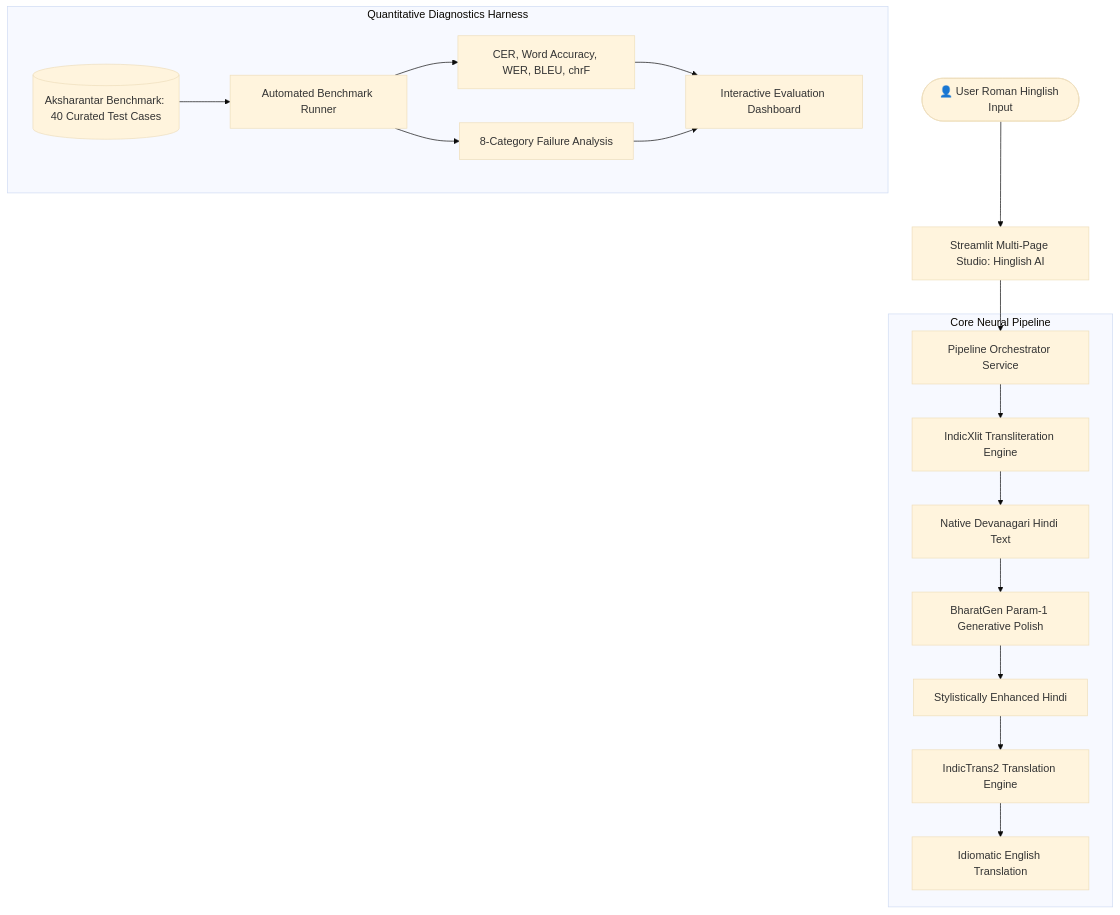
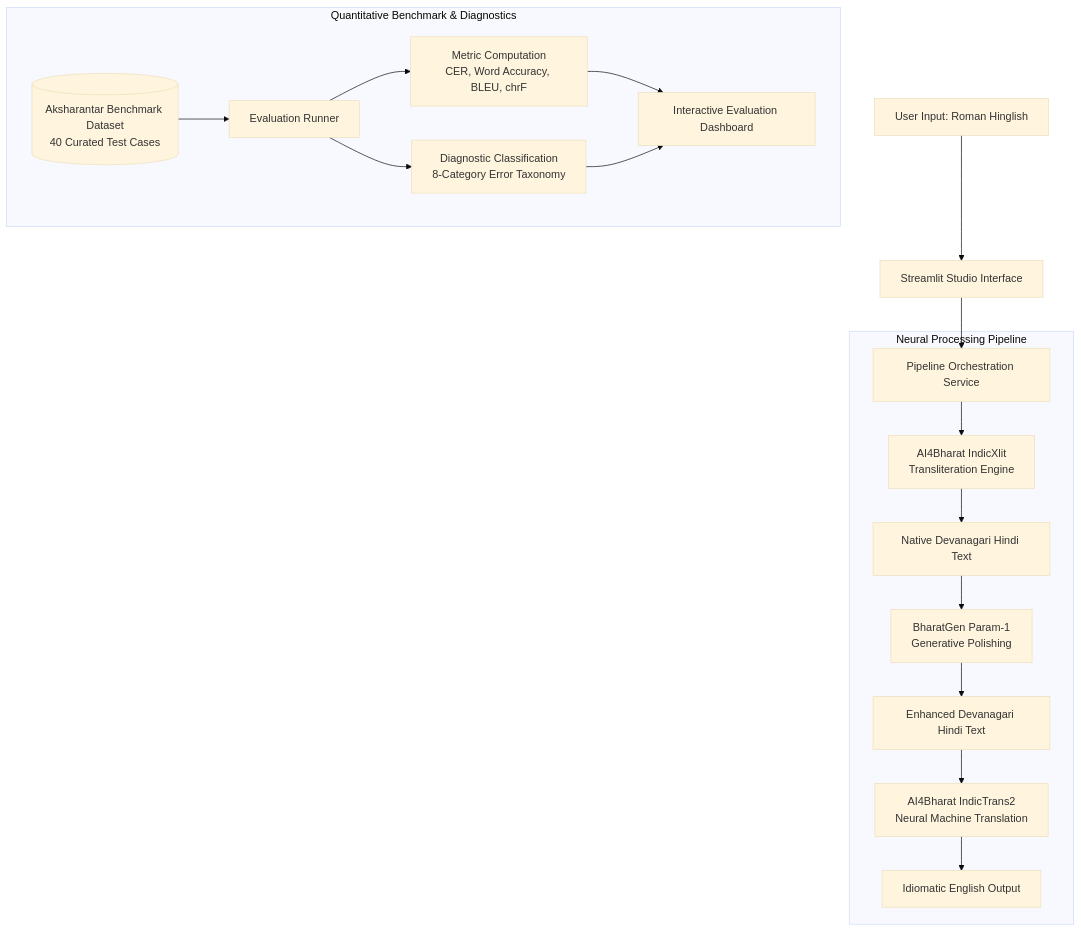
The first of 2 diagrams in README.md (likith-sg/WLLM-CIE3-Lab), drawn with Mermaid (base theme) before and after one commit. The commit also changed other lines of this file, not shown here.

Commit message:
docs: formalize README, remove decorative emojis, and refine Mermaid diagrams

````diff
--- a/README.md
+++ b/README.md
@@ -41,24 +41,22 @@
 ```mermaid
-graph TD
-    User([👤 User Roman Hinglish Input]) --> StreamlitApp[Streamlit Multi-Page Studio: Hinglish AI]
-    StreamlitApp --> PipelineService[Pipeline Orchestrator Service]
-    
-    subgraph Core Neural Pipeline
-        PipelineService --> XlitService[IndicXlit Transliteration Engine]
-        XlitService --> TranslitOut[Native Devanagari Hindi Text]
-        
-        TranslitOut --> EnhanceService[BharatGen Param-1 Generative Polish]
-        EnhanceService --> EnhancedOut[Stylistically Enhanced Hindi]
-        
-        EnhancedOut --> TransService[IndicTrans2 Translation Engine]
-        TransService --> EnglishOut[Idiomatic English Translation]
+flowchart TD
+    A["User Input: Roman Hinglish"] --> B["Streamlit Studio Interface"]
+    B --> C["Pipeline Orchestration Service"]
+
+    subgraph Core_Pipeline ["Neural Processing Pipeline"]
+        C --> D["AI4Bharat IndicXlit<br/>Transliteration Engine"]
+        D --> E["Native Devanagari Hindi Text"]
+        E --> F["BharatGen Param-1<br/>Generative Polishing"]
+        F --> G["Enhanced Devanagari Hindi Text"]
+        G --> H["AI4Bharat IndicTrans2<br/>Neural Machine Translation"]
+        H --> I["Idiomatic English Output"]
     end
-    
-    subgraph Quantitative Diagnostics Harness
-        Benchmark[(Aksharantar Benchmark: 40 Curated Test Cases)] --> EvalRunner[Automated Benchmark Runner]
-        EvalRunner --> Metrics[CER, Word Accuracy, WER, BLEU, chrF]
-        EvalRunner --> ErrorTaxonomy[8-Category Failure Analysis]
-        Metrics --> Dashboard[Interactive Evaluation Dashboard]
-        ErrorTaxonomy --> Dashboard
+
+    subgraph Evaluation_Harness ["Quantitative Benchmark & Diagnostics"]
+        J[("Aksharantar Benchmark Dataset<br/>40 Curated Test Cases")] --> K["Evaluation Runner"]
+        K --> L["Metric Computation<br/>CER, Word Accuracy, BLEU, chrF"]
+        K --> M["Diagnostic Classification<br/>8-Category Error Taxonomy"]
+        L --> N["Interactive Evaluation Dashboard"]
+        M --> N
     end
 ```
````
